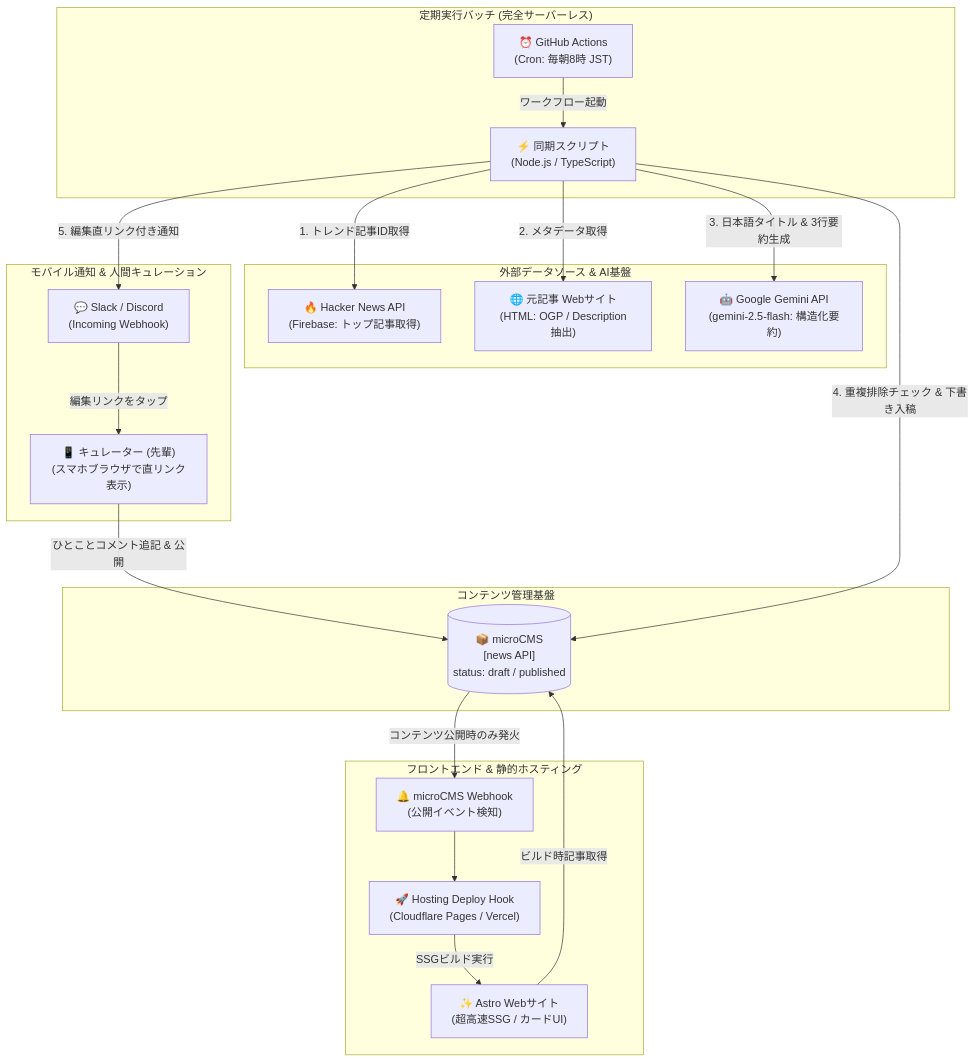
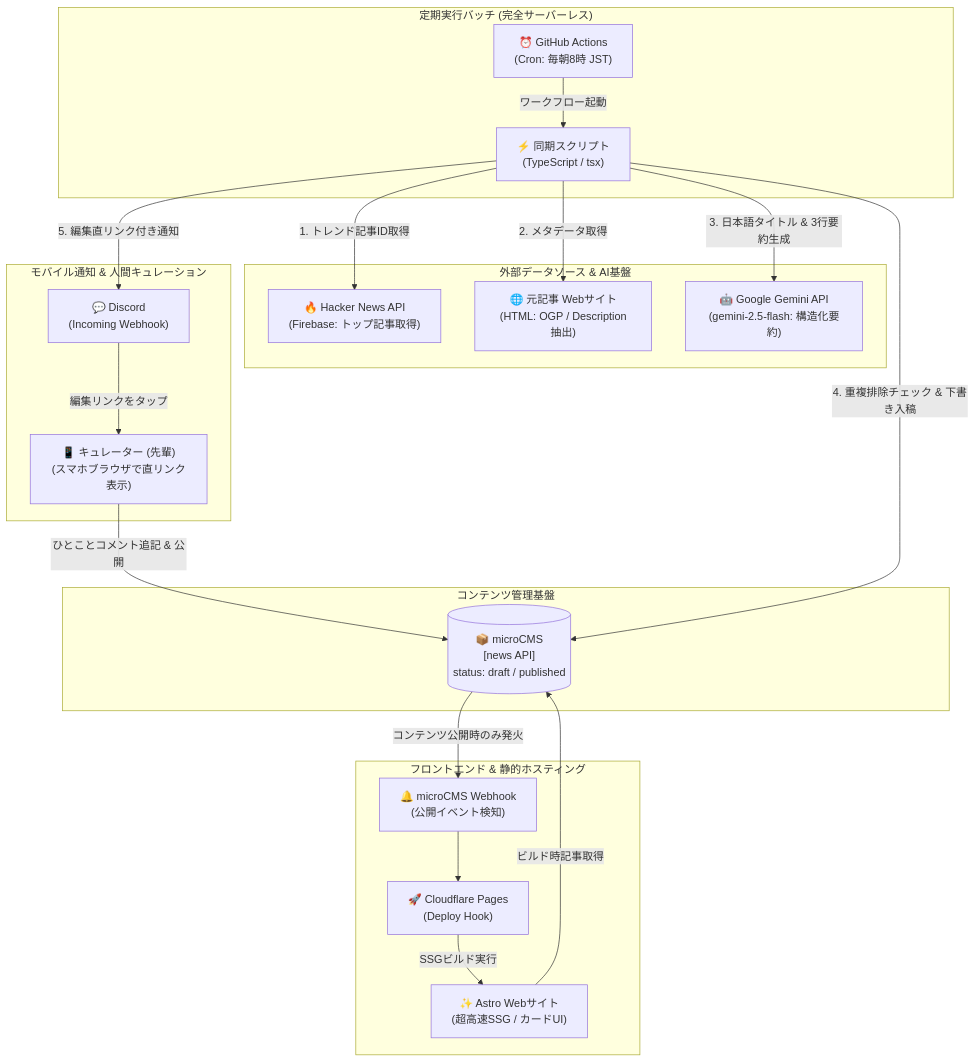
One commit to blacpans/hnmc changed the first of 4 diagrams in docs/architecture.md. Above: the diagram before and after it, drawn with Mermaid. The commit also changed other lines of this file and 1 other file, not shown here.

First line of the commit message:
docs(architecture): 📝 技術スタックの決定事項をドキュメントに反映したじゃんね！✨📝

````diff
--- a/docs/architecture.md
+++ b/docs/architecture.md
@@ -17,48 +17,48 @@
 ```mermaid
 flowchart TD
     %% 外部データソース & AI
     subgraph ExternalSources ["外部データソース & AI基盤"]
         HN["🔥 Hacker News API<br/>(Firebase: トップ記事取得)"]
         Web["🌐 元記事 Webサイト<br/>(HTML: OGP / Description抽出)"]
         Gemini["🤖 Google Gemini API<br/>(gemini-2.5-flash: 構造化要約)"]
     end
 
     %% バッチシステム
     subgraph BatchSystem ["定期実行バッチ (完全サーバーレス)"]
         Cron["⏰ GitHub Actions<br/>(Cron: 毎朝8時 JST)"]
-        Script["⚡ 同期スクリプト<br/>(Node.js / TypeScript)"]
+        Script["⚡ 同期スクリプト<br/>(TypeScript / tsx)"]
         Cron -->|ワークフロー起動| Script
     end
 
     %% ヘッドレスCMS
     subgraph HeadlessCMS ["コンテンツ管理基盤"]
         MicroCMS[("📦 microCMS<br/>[news API]<br/>status: draft / published")]
     end
 
     %% モバイル通知 & キュレーション
     subgraph MobileCuration ["モバイル通知 & 人間キュレーション"]
-        Slack["💬 Slack / Discord<br/>(Incoming Webhook)"]
+        Discord["💬 Discord<br/>(Incoming Webhook)"]
         Smartphone["📱 キュレーター (先輩)<br/>(スマホブラウザで直リンク表示)"]
-        Slack -->|編集リンクをタップ| Smartphone
+        Discord -->|編集リンクをタップ| Smartphone
         Smartphone -->|ひとことコメント追記 & 公開| MicroCMS
     end
 
     %% フロントエンド配信
     subgraph WebHosting ["フロントエンド & 静的ホスティング"]
         Webhook["🔔 microCMS Webhook<br/>(公開イベント検知)"]
-        DeployHook["🚀 Hosting Deploy Hook<br/>(Cloudflare Pages / Vercel)"]
+        DeployHook["🚀 Cloudflare Pages<br/>(Deploy Hook)"]
         AstroSite["✨ Astro Webサイト<br/>(超高速SSG / カードUI)"]
         
         MicroCMS -->|コンテンツ公開時のみ発火| Webhook
         Webhook --> DeployHook
         DeployHook -->|SSGビルド実行| AstroSite
         AstroSite -->|ビルド時記事取得| MicroCMS
     end
 
     %% データ連携フロー
     Script -->|1. トレンド記事ID取得| HN
     Script -->|2. メタデータ取得| Web
     Script -->|3. 日本語タイトル & 3行要約生成| Gemini
     Script -->|4. 重複排除チェック & 下書き入稿| MicroCMS
-    Script -->|5. 編集直リンク付き通知| Slack
+    Script -->|5. 編集直リンク付き通知| Discord
 ```
````
